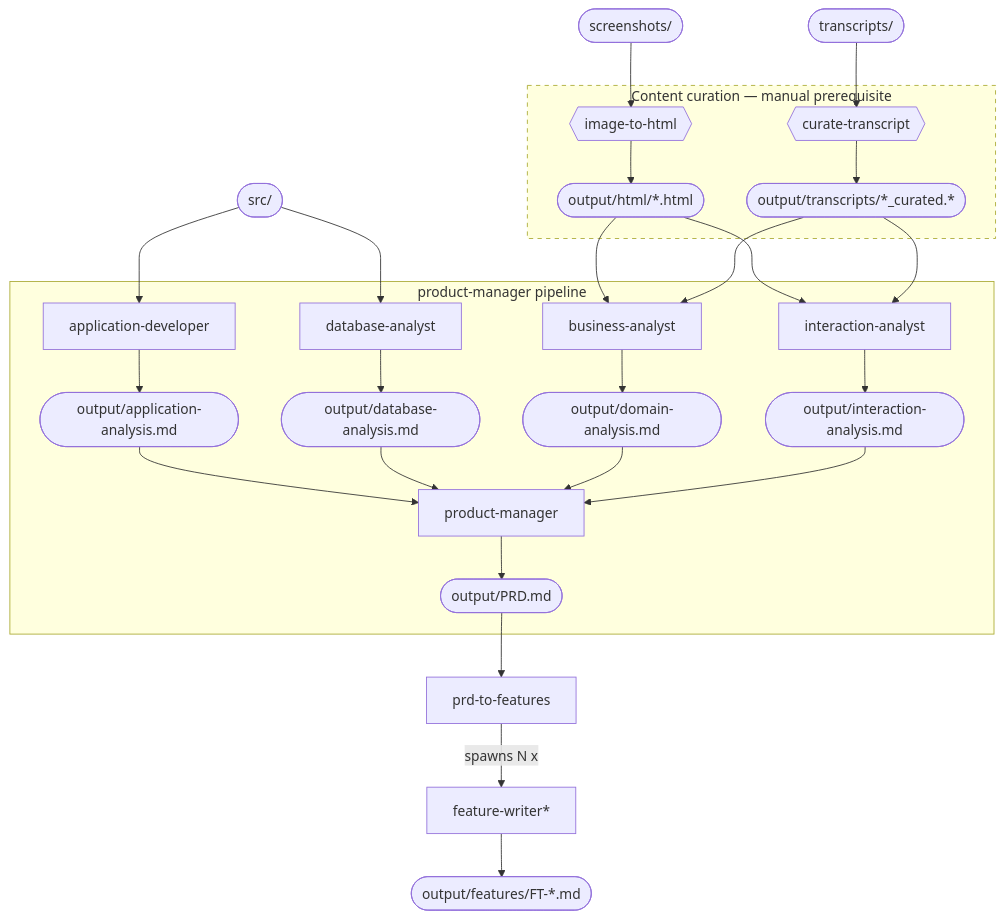
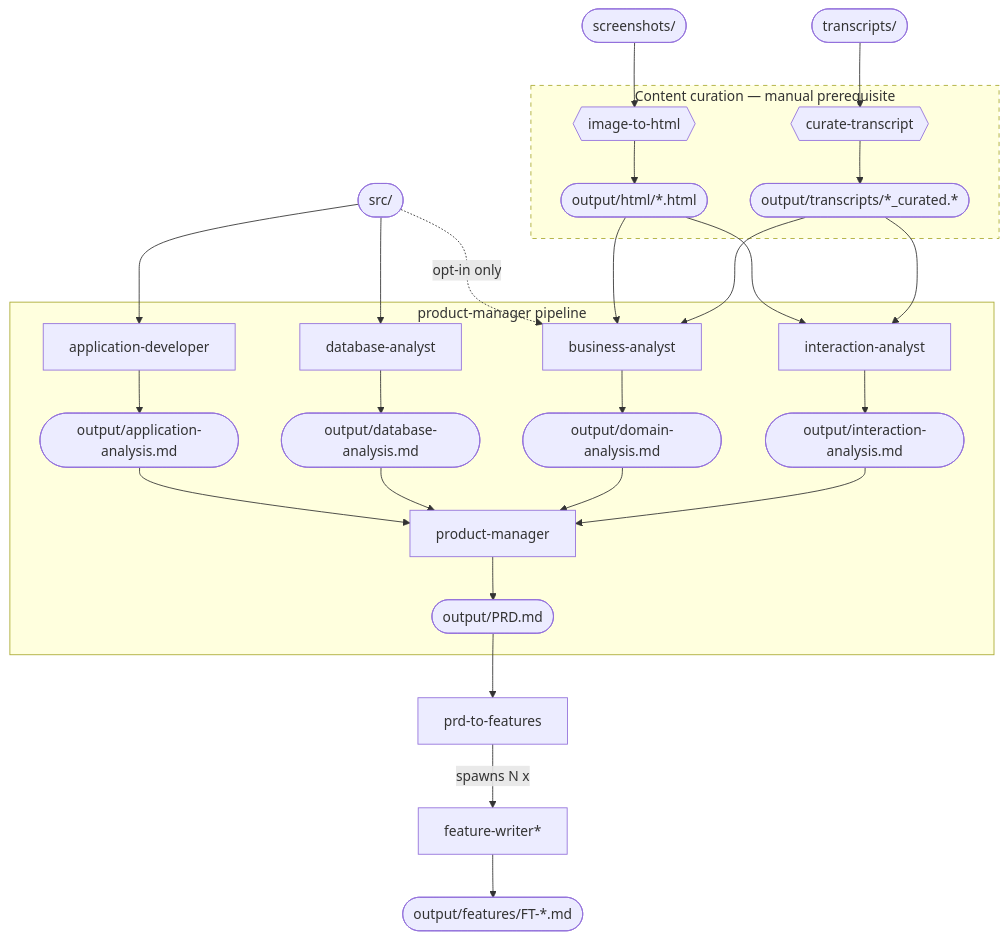
Before and after one commit to robhettrick/reveng: the second of 2 diagrams in README.md, drawn with Mermaid. The commit also changed other lines of this file and 9 other files, not shown here.

````diff
--- a/README.md
+++ b/README.md
@@ -384,43 +384,44 @@
 ```mermaid
 flowchart TB
     screenshots(["screenshots/"])
     transcripts(["transcripts/"])
     src(["src/"])
 
     subgraph curation ["Content curation — manual prerequisite"]
         i2h{{image-to-html}}
         ct{{curate-transcript}}
         html(["output/html/*.html"])
         curated(["output/transcripts/*_curated.*"])
 
         i2h --> html
         ct --> curated
     end
     style curation stroke-dasharray: 5 5
 
     screenshots --> i2h
     transcripts --> ct
 
     subgraph pm_pipeline ["product-manager pipeline"]
         appdev[application-developer]
         dbanalyst[database-analyst]
         ba[business-analyst]
         ia[interaction-analyst]
         PM[product-manager]
 
         appdev --> application(["output/application-analysis.md"])
         dbanalyst --> database(["output/database-analysis.md"])
         ba --> domain(["output/domain-analysis.md"])
         ia --> interaction(["output/interaction-analysis.md"])
 
         application & database & domain & interaction --> PM
         PM --> PRD(["output/PRD.md"])
     end
 
     PRD --> p2f[prd-to-features]
     p2f -->|spawns N x| fw[feature-writer*]
     fw --> features(["output/features/FT-*.md"])
 
     src --> appdev & dbanalyst
+    src -.->|opt-in only| ba
     html & curated --> ba & ia
 ```
````
